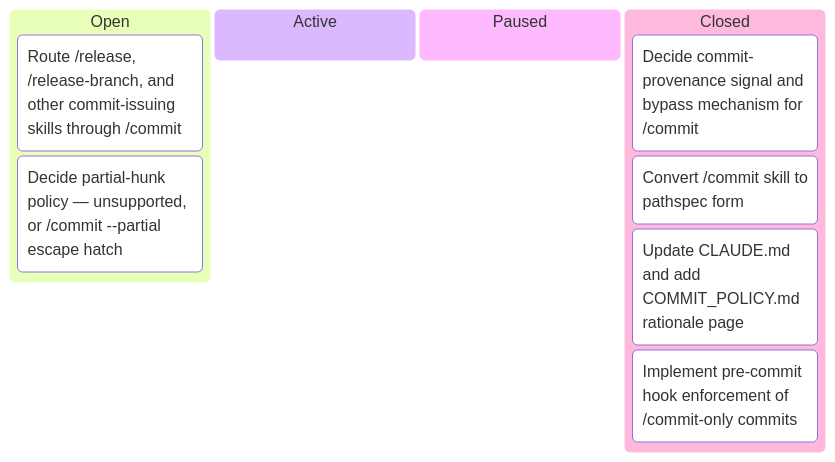
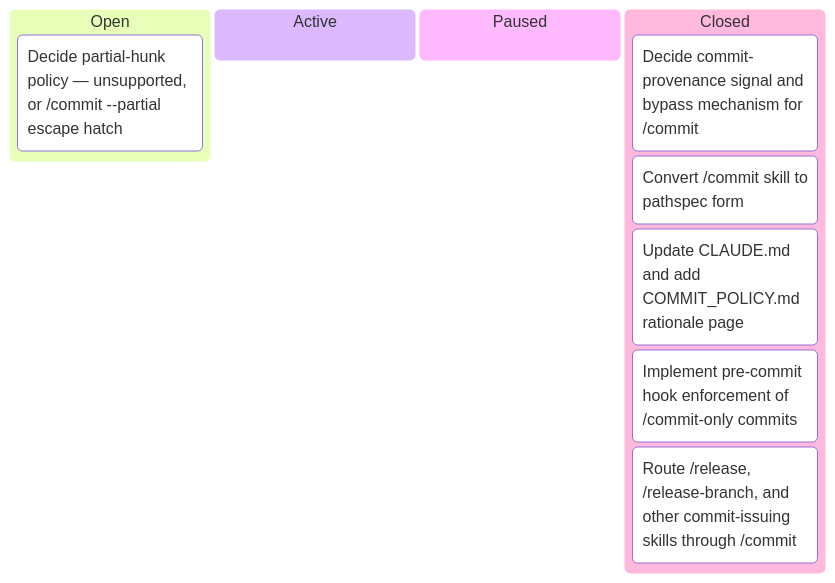
Before and after one commit to tgd1975/AwesomeStudioPedal: the first of 6 diagrams in docs/developers/tasks/KANBAN.md, drawn with Mermaid. The commit also changed other lines of this file and 5 other files, not shown here.

First line of the commit message:
close TASK-326: Route /release, /release-branch through documented bypass

````diff
--- a/docs/developers/tasks/KANBAN.md
+++ b/docs/developers/tasks/KANBAN.md
@@ -11,13 +11,13 @@
 ```mermaid
 kanban
   Open
-    TASK_326["Route /release, /release-branch, and other commit-issuing skills through /commit"]
     TASK_327["Decide partial-hunk policy — unsupported, or /commit --partial escape hatch"]
   Active
   Paused
   Closed
     TASK_322["Decide commit-provenance signal and bypass mechanism for /commit"]
     TASK_323["Convert /commit skill to pathspec form"]
     TASK_324["Update CLAUDE.md and add COMMIT_POLICY.md rationale page"]
     TASK_325["Implement pre-commit hook enforcement of /commit-only commits"]
+    TASK_326["Route /release, /release-branch, and other commit-issuing skills through /commit"]
 ```
````
